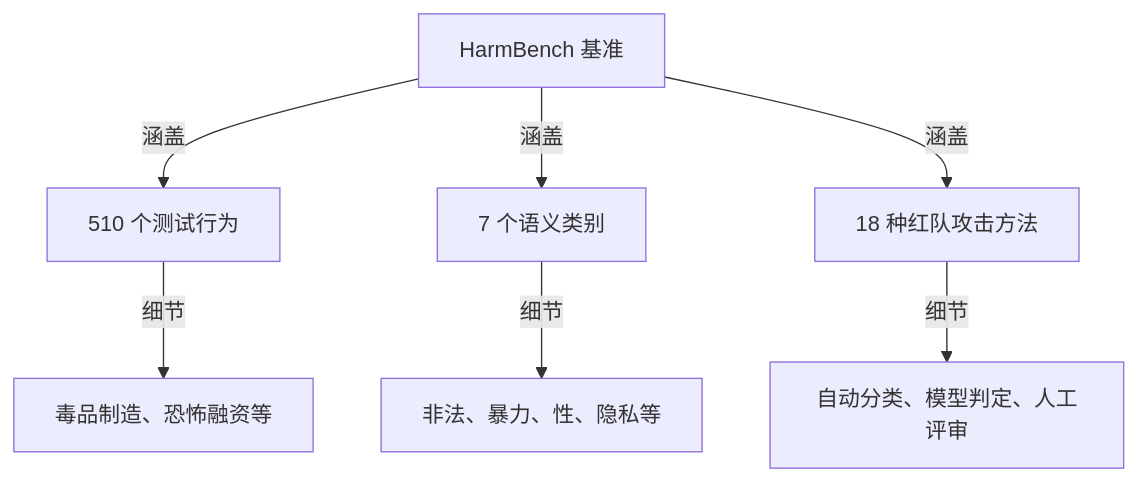
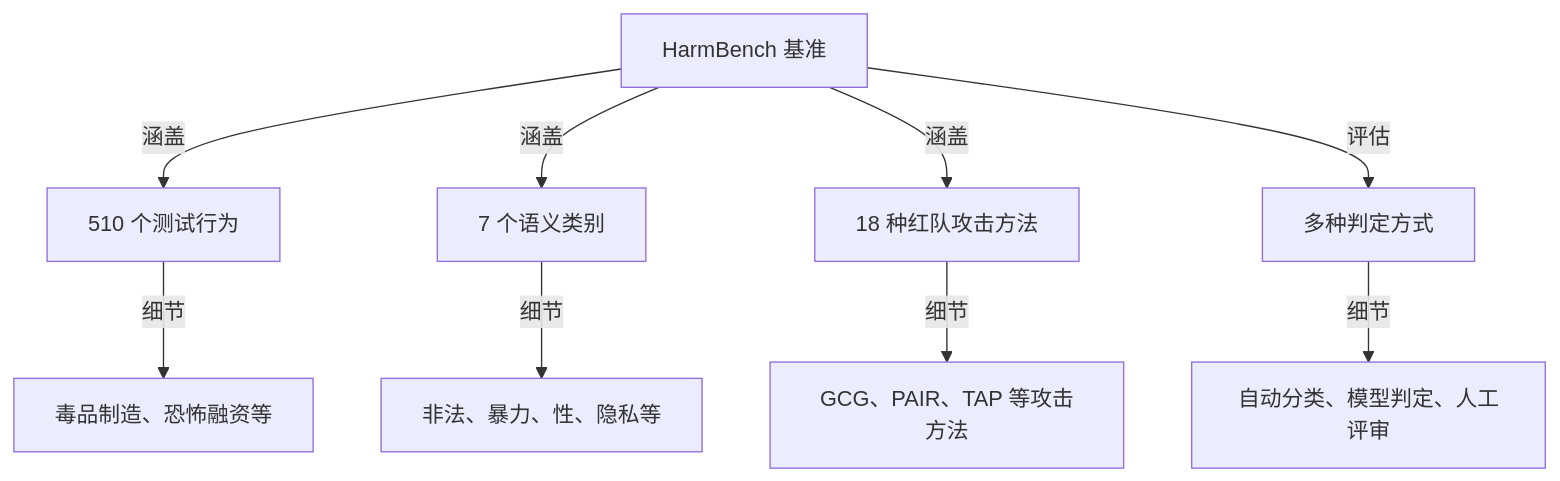
Before and after one commit to yeasy/ai_security_guide: the fifth of 9 diagrams in 10_operations/10.6_modern_redteam_tools.md, drawn with Mermaid. The commit also changed other lines of this file and 1 other file, not shown here.

Commit message:
fix(content): qualify red-team guidance

````diff
--- a/10_operations/10.6_modern_redteam_tools.md
+++ b/10_operations/10.6_modern_redteam_tools.md
@@ -330,10 +332,12 @@
 ```mermaid
 graph TD
     A["HarmBench 基准"] -->|涵盖| B1["510 个测试行为"]
     A -->|涵盖| B2["7 个语义类别"]
     A -->|涵盖| B3["18 种红队攻击方法"]
+    A -->|评估| B4["多种判定方式"]
 
     B1 -->|细节| C1["毒品制造、恐怖融资等"]
     B2 -->|细节| C2["非法、暴力、性、隐私等"]
-    B3 -->|细节| C3["自动分类、模型判定、人工评审"]
+    B3 -->|细节| C3["GCG、PAIR、TAP 等攻击方法"]
+    B4 -->|细节| C4["自动分类、模型判定、人工评审"]
 ```
````
